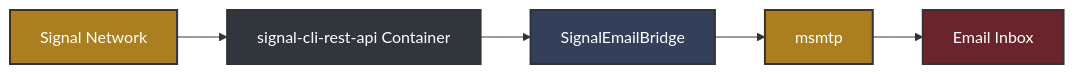
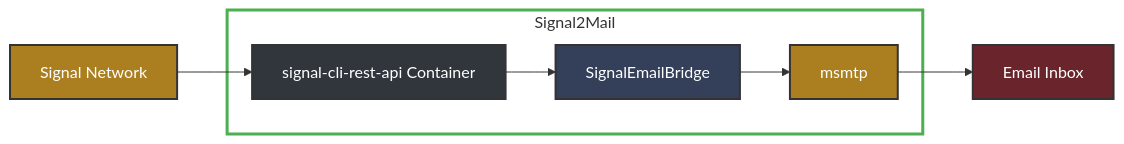
Before and after one commit to yhavinga/signal2email: the diagram in README.md, drawn with Mermaid.

````diff
--- a/README.md
+++ b/README.md
@@ -9,15 +9,20 @@
 ```mermaid
 graph LR
     A[Signal Network] --> B[signal-cli-rest-api Container]
-    B --> C[SignalEmailBridge]
-    C --> D[msmtp]
+    
+    subgraph Signal2Mail["Signal2Mail"]
+        B --> C[SignalEmailBridge]
+        C --> D[msmtp]
+    end
+    
     D --> E[Email Inbox]
     
     classDef default fill:#343F5A,stroke:#333,stroke-width:2px,color:white;
     
     style A fill:#AB7F1F
     style B fill:#31363D
     style C fill:#343F5A
     style D fill:#AB7F1F
     style E fill:#69252B
+    style Signal2Mail fill:none,stroke:#4CAF50,stroke-width:3px,color:#333
 ```
````
